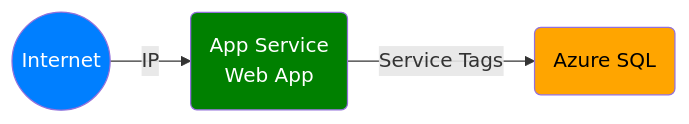
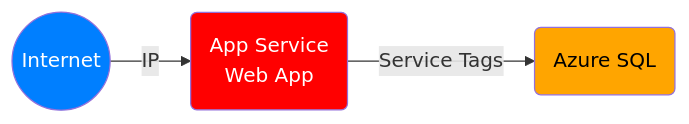
Before and after one commit to msalemor/app-services-networking: the second of 7 diagrams in README.md, drawn with Mermaid. The commit also changed other lines of this file, not shown here.

````diff
--- a/README.md
+++ b/README.md
@@ -61,11 +61,12 @@
 ```mermaid
 graph LR;
     A((Internet))-- IP -->B(App Service<br/>Web App);
     B-- Service Tags -->C(Azure SQL);
     classDef internet fill:#007FFF,color:white;
-    classDef unsafe fill:green,color:white;
+    classDef unsafe fill:red,color:white;
     classDef semisafe fill:orange,color:black;
+    classDef safe fill:darkgreen,color:black;
     class A internet;
     class B unsafe;
     class C semisafe;
 ```
````
